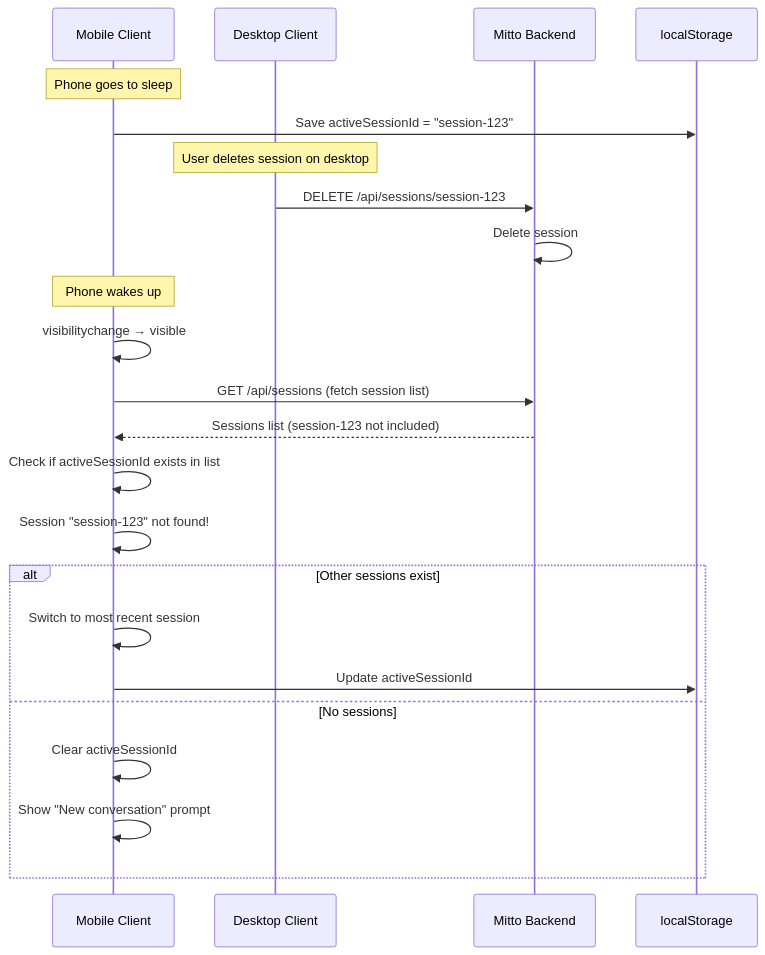
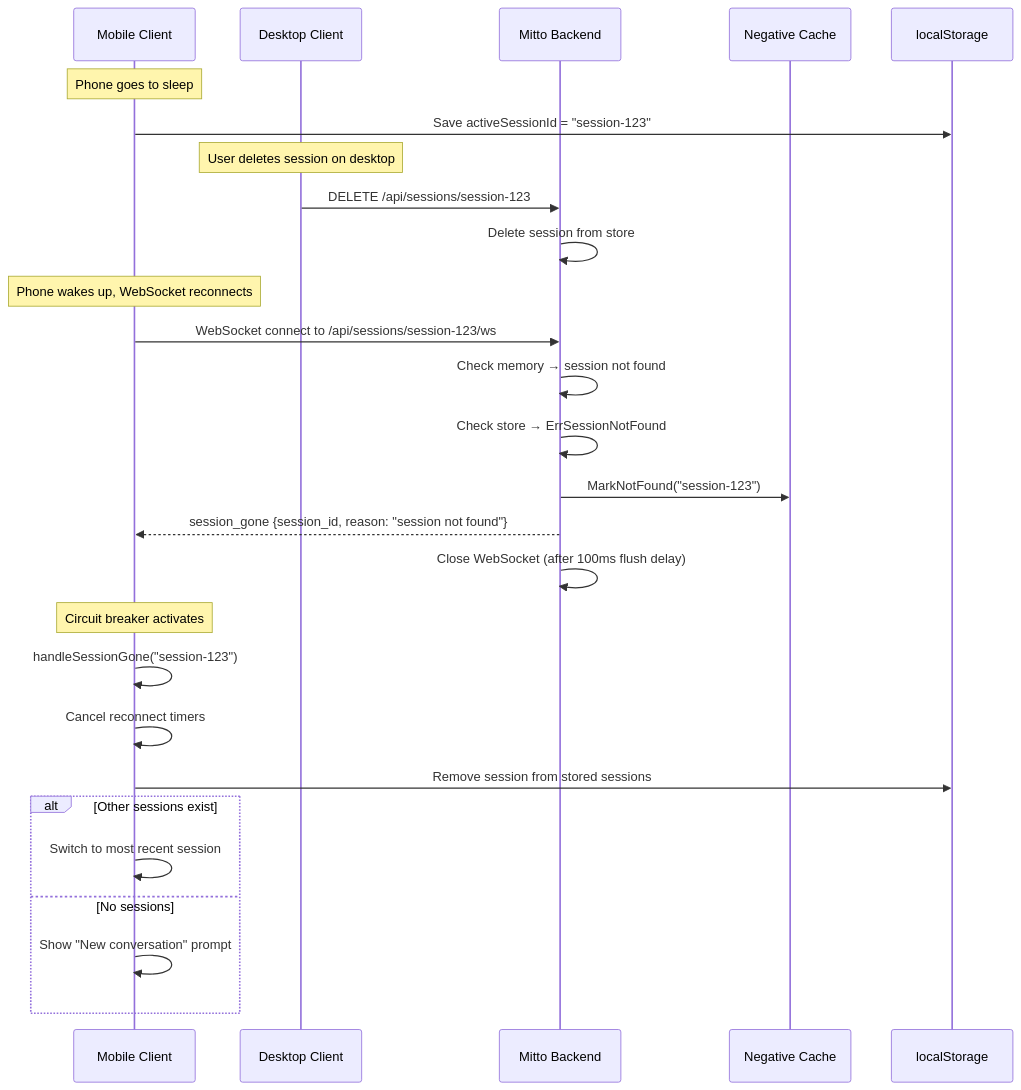
Diagram 11 of 14 in docs/devel/websockets/communication-flows.md (inercia/mitto), drawn with Mermaid before and after one commit. The commit also changed other lines of this file and 9 other files, not shown here.

````diff
--- a/docs/devel/websockets/communication-flows.md
+++ b/docs/devel/websockets/communication-flows.md
@@ -360,30 +410,34 @@
 ```mermaid
 sequenceDiagram
     participant Mobile as Mobile Client
     participant Desktop as Desktop Client
     participant Backend as Mitto Backend
+    participant Cache as Negative Cache
     participant Storage as localStorage
 
     Note over Mobile: Phone goes to sleep
     Mobile->>Storage: Save activeSessionId = "session-123"
 
     Note over Desktop: User deletes session on desktop
     Desktop->>Backend: DELETE /api/sessions/session-123
-    Backend->>Backend: Delete session
+    Backend->>Backend: Delete session from store
 
-    Note over Mobile: Phone wakes up
-    Mobile->>Mobile: visibilitychange → visible
-    Mobile->>Backend: GET /api/sessions (fetch session list)
-    Backend-->>Mobile: Sessions list (session-123 not included)
+    Note over Mobile: Phone wakes up, WebSocket reconnects
+    Mobile->>Backend: WebSocket connect to /api/sessions/session-123/ws
+    Backend->>Backend: Check memory → session not found
+    Backend->>Backend: Check store → ErrSessionNotFound
+    Backend->>Cache: MarkNotFound("session-123")
+    Backend-->>Mobile: session_gone {session_id, reason: "session not found"}
+    Backend->>Backend: Close WebSocket (after 100ms flush delay)
 
-    Mobile->>Mobile: Check if activeSessionId exists in list
-    Mobile->>Mobile: Session "session-123" not found!
+    Note over Mobile: Circuit breaker activates
+    Mobile->>Mobile: handleSessionGone("session-123")
+    Mobile->>Mobile: Cancel reconnect timers
+    Mobile->>Storage: Remove session from stored sessions
 
     alt Other sessions exist
         Mobile->>Mobile: Switch to most recent session
-        Mobile->>Storage: Update activeSessionId
     else No sessions
-        Mobile->>Mobile: Clear activeSessionId
         Mobile->>Mobile: Show "New conversation" prompt
     end
 ```
````
